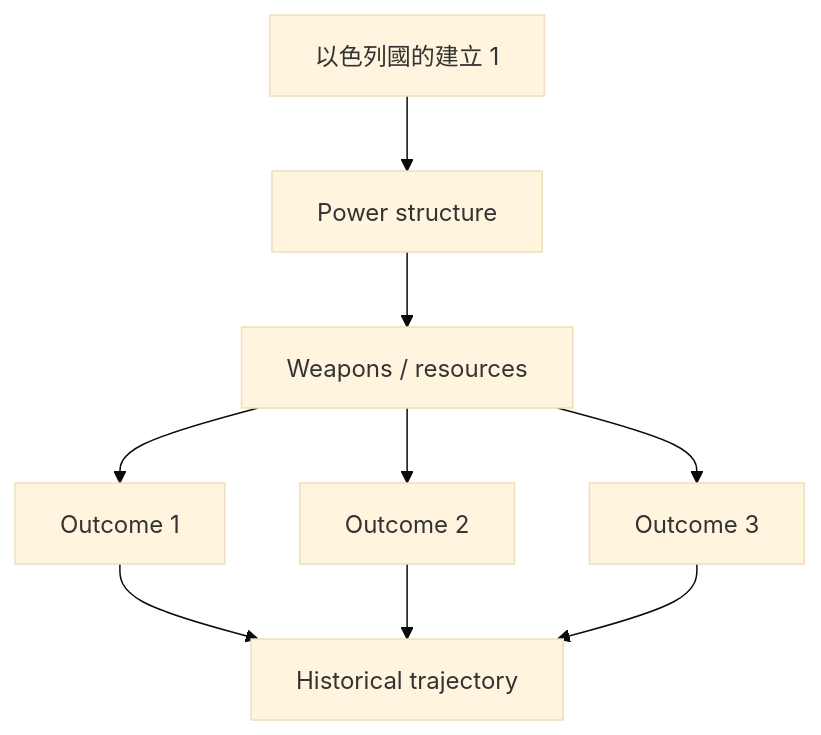
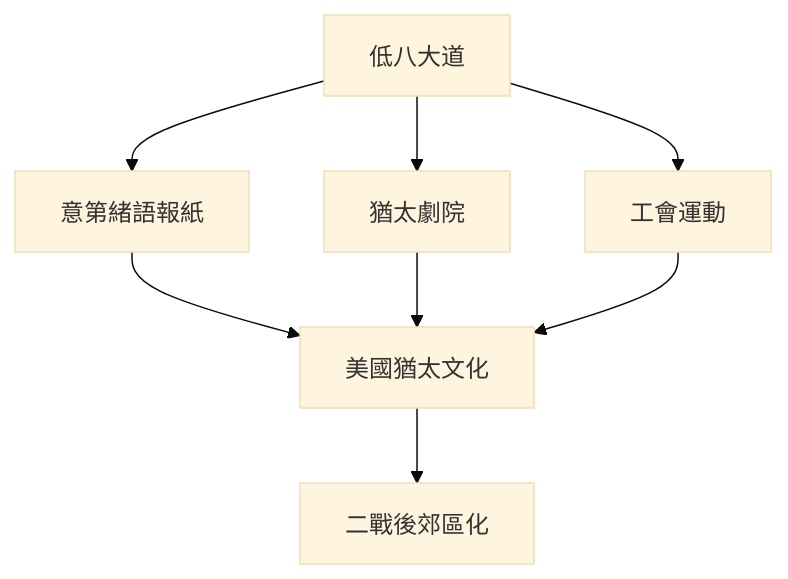
One commit to yip-lgtm/HKU-Harvard-History-Self-Study changed the fifth of 10 diagrams in 02_Harvard_Courses/Fall_Courses/Hist39_Jews_in_the_Modern_World.md. Above: the diagram before and after it, drawn with Mermaid (base theme). The commit also changed other lines of this file and 65 other files, not shown here.

````diff
--- a/02_Harvard_Courses/Fall_Courses/Hist39_Jews_in_the_Modern_World.md
+++ b/02_Harvard_Courses/Fall_Courses/Hist39_Jews_in_the_Modern_World.md
@@ -263,11 +197,10 @@
 ```mermaid
 graph TD
-    A[以色列國的建立 1] --> B[Power structure]
-    B --> C[Weapons / resources]
-    C --> D[Outcome 1]
-    C --> E[Outcome 2]
-    C --> F[Outcome 3]
-    D --> G[Historical trajectory]
-    E --> G
-    F --> G
+    A[低八大道] --> B[意第緒語報紙]
+    A --> C[猶太劇院]
+    A --> D[工會運動]
+    B --> E[美國猶太文化]
+    C --> E
+    D --> E
+    E --> F[二戰後郊區化]
 ```
````
